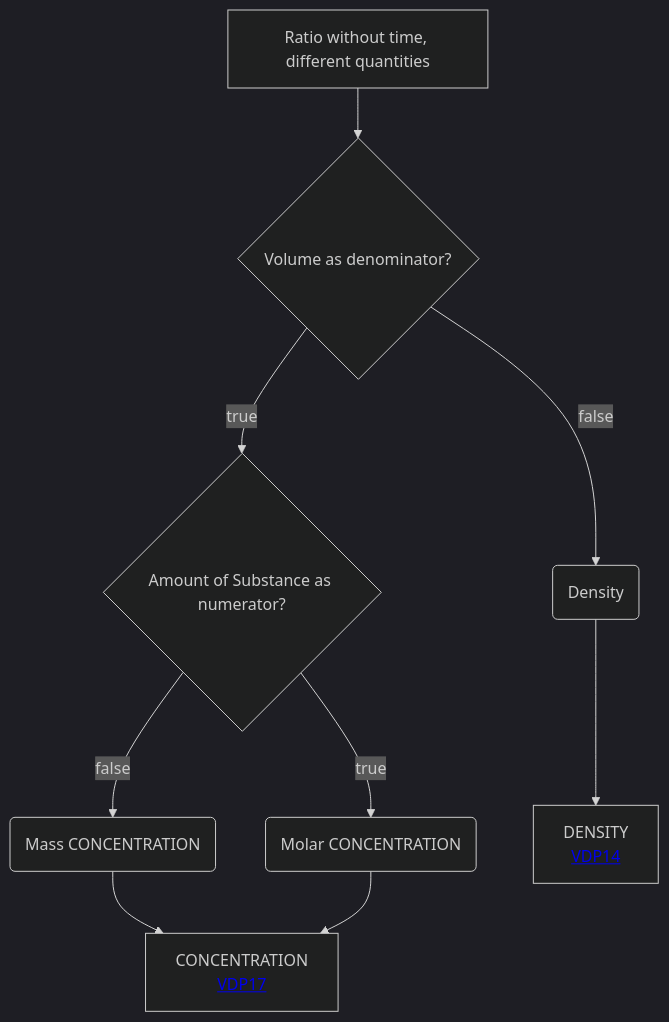
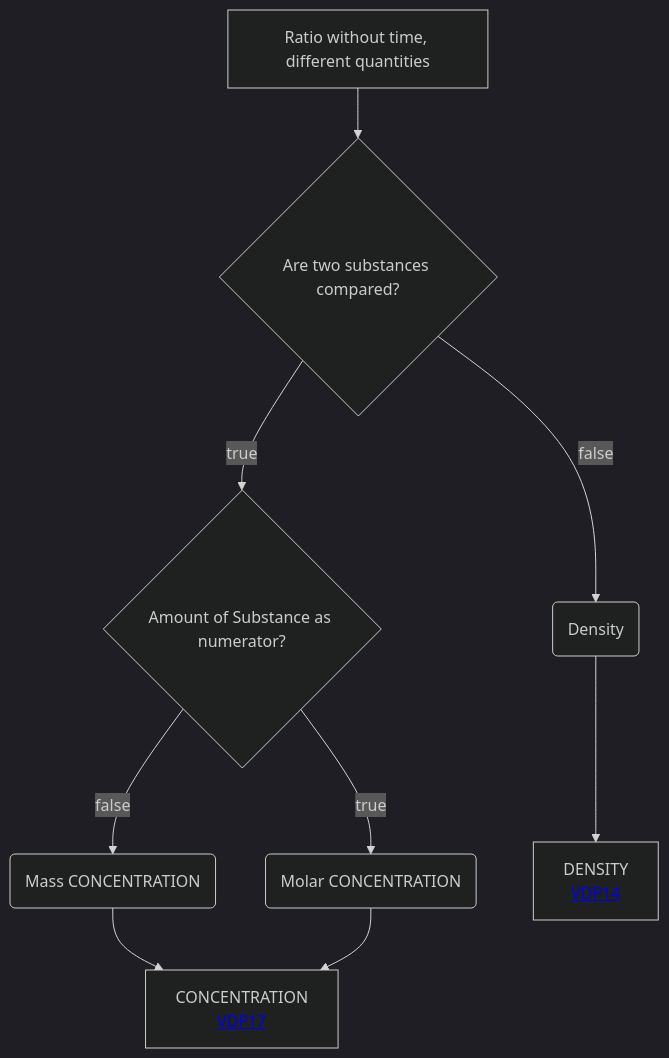
Before and after one commit to mabablue/I-ADOPT-patterns-playground: the diagram in Decisition_trees/DT4.mmd, drawn with Mermaid (dark theme).

```diff
--- a/Decisition_trees/DT4.mmd
+++ b/Decisition_trees/DT4.mmd
@@ -1,9 +1,9 @@
 flowchart TD
-    A[Ratio without time, different quantities] --> P{Volume as denominator?}
+    A[Ratio without time, different quantities] --> P{Are two substances compared?}
     P --> |true|Q{Amount of Substance as numerator?}
     Q --> |true|R(Molar CONCENTRATION)
     Q --> |false|S(Mass CONCENTRATION)
     P --> |false|U(Density)
     S --> T[CONCENTRATION <br> <a href='https://github.com/mabablue/I-ADOPT-patterns-playground/blob/main/pattern/VDP17.yaml'>VDP17</a>]
     R --> T
     U --> V[DENSITY <br> <a href='https://github.com/mabablue/I-ADOPT-patterns-playground/blob/main/pattern/VDP14.yaml'>VDP14</a>]
```
